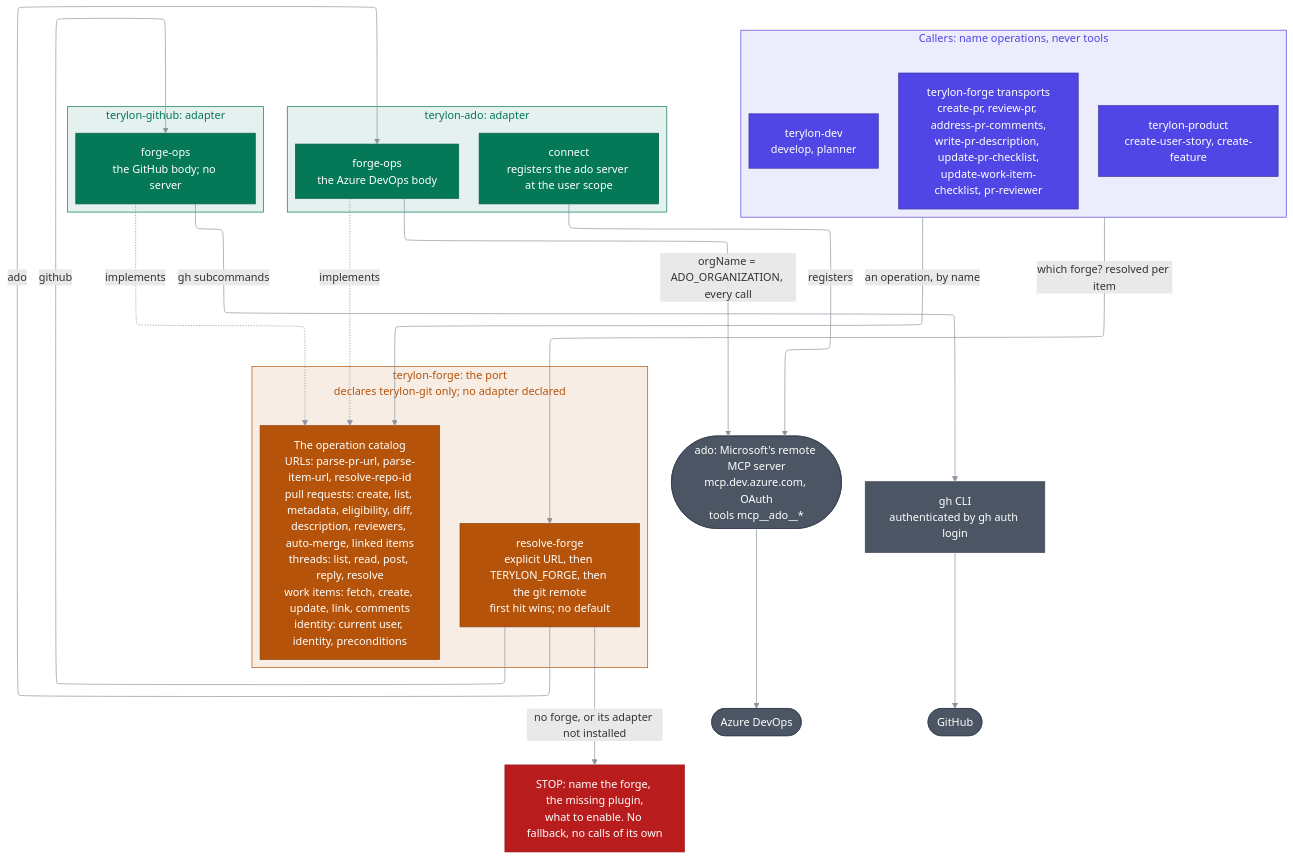
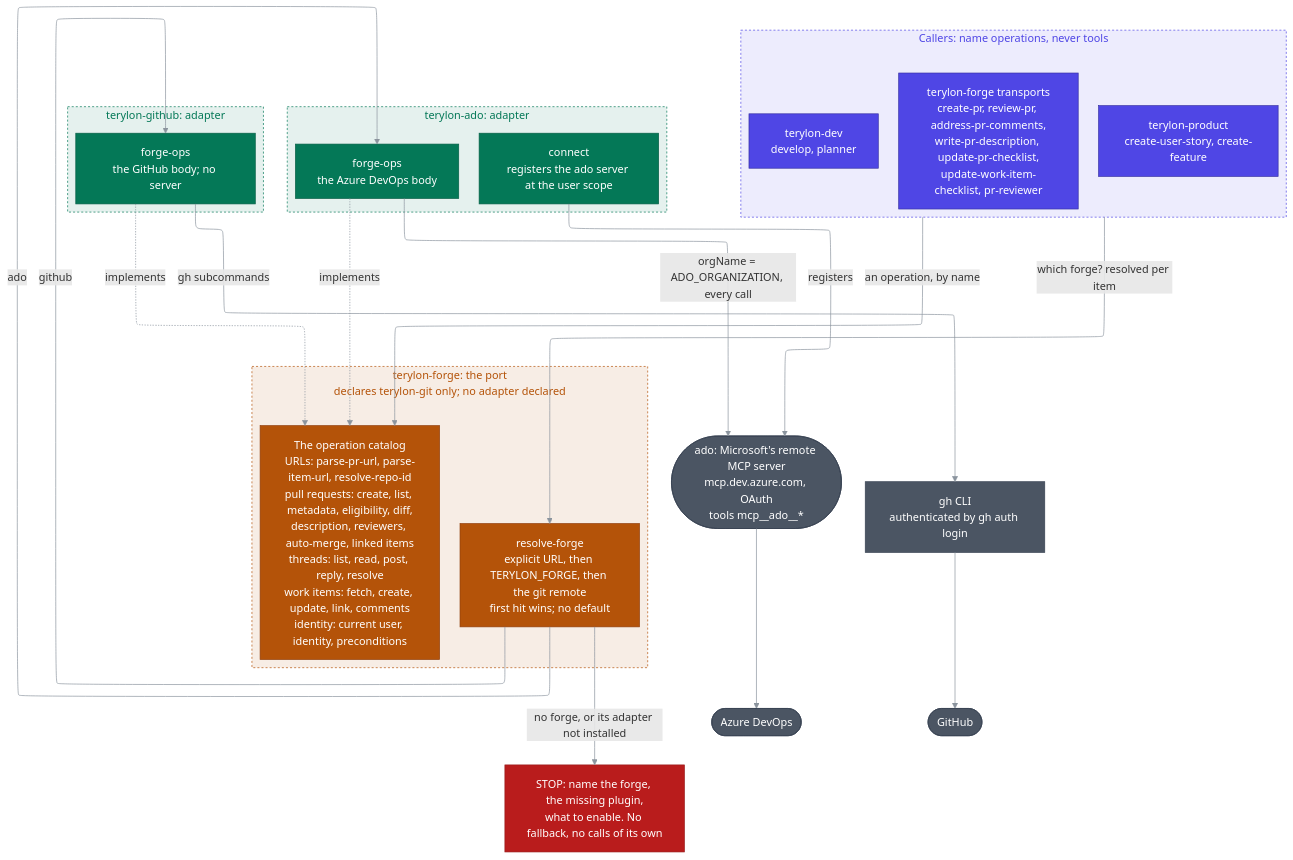
The first of 2 diagrams in docs/architecture/README.md (janecekvit/terylon-marketplace), drawn with Mermaid before and after one commit. The commit also changed other lines of this file and 7 other files, not shown here.

Commit message:
Find HTML comments by position in the history check; add the owner's diagram rules: a style per subgraph with its colour and a dashed stroke, dense pictures split in two, translucent sequence boxes

````diff
--- a/docs/architecture/README.md
+++ b/docs/architecture/README.md
@@ -95,9 +95,9 @@
     githubForgeOps -->|"gh subcommands"| gh
     gh --> githubCom
 
-    style callers fill:#4F46E51A,stroke:#4F46E5,color:#4F46E5
-    style port fill:#B453091A,stroke:#B45309,color:#B45309
-    style ado fill:#0478571A,stroke:#047857,color:#047857
-    style github fill:#0478571A,stroke:#047857,color:#047857
+    style callers fill:#4F46E51A,stroke:#4F46E5,color:#4F46E5,stroke-dasharray:3 3
+    style port fill:#B453091A,stroke:#B45309,color:#B45309,stroke-dasharray:3 3
+    style ado fill:#0478571A,stroke:#047857,color:#047857,stroke-dasharray:3 3
+    style github fill:#0478571A,stroke:#047857,color:#047857,stroke-dasharray:3 3
     linkStyle default stroke:#8B949E
 ```
````
